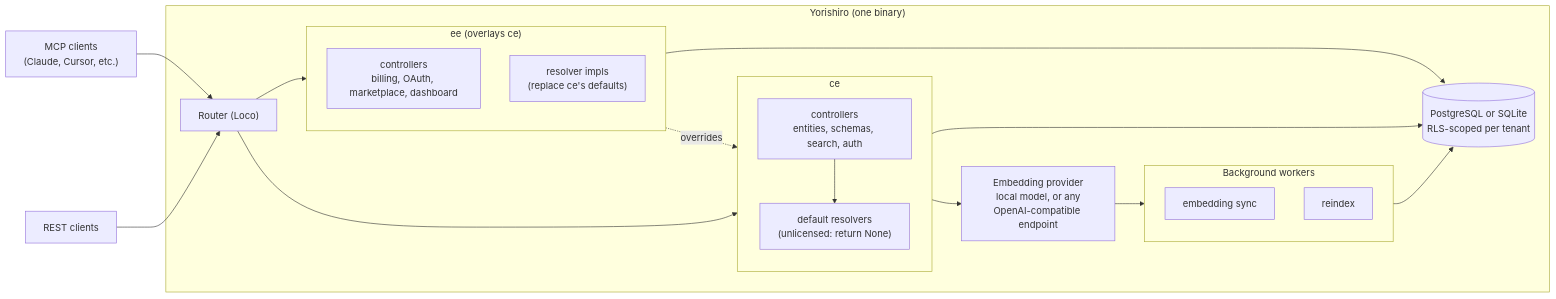
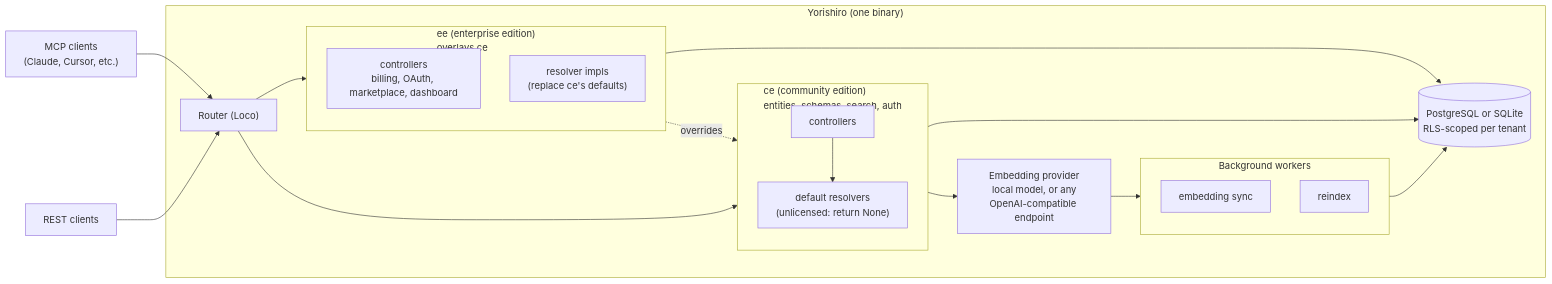
Before and after one commit to yorishiro-ai/yorishiro: the diagram in README.md, drawn with Mermaid. The commit also changed 1 other file, not shown here.

Commit message:
docs: clarify ce/ee in architecture diagram
ce and ee are not self-explanatory to all readers. Add full names:
ce (community edition), ee (enterprise edition) in subgraph titles.

````diff
--- a/README.md
+++ b/README.md
@@ -30,43 +30,43 @@
 ```mermaid
 flowchart LR
     MCP["MCP clients<br/>(Claude, Cursor, etc.)"]
     REST["REST clients"]
 
     subgraph Server["Yorishiro (one binary)"]
         Router["Router (Loco)"]
 
-        subgraph CE["ce"]
+        subgraph CE["ce (community edition)<br/>entities, schemas, search, auth"]
             direction TB
-            CEControllers["controllers<br/>entities, schemas, search, auth"]
+            CEControllers["controllers"]
             CEResolvers["default resolvers<br/>(unlicensed: return None)"]
         end
 
-        subgraph EE["ee (overlays ce)"]
+        subgraph EE["ee (enterprise edition)<br/>overlays ce"]
             direction TB
             EEControllers["controllers<br/>billing, OAuth, marketplace, dashboard"]
             EEResolvers["resolver impls<br/>(replace ce's defaults)"]
         end
 
         Embed["Embedding provider<br/>local model, or any<br/>OpenAI-compatible endpoint"]
 
         subgraph Workers["Background workers"]
             direction TB
             WEmbed["embedding sync"]
             WReindex["reindex"]
         end
 
         DB[("PostgreSQL or SQLite<br/>RLS-scoped per tenant")]
     end
 
     MCP --> Router
     REST --> Router
     Router --> CEControllers
     Router --> EEControllers
     EEResolvers -.overrides.-> CEResolvers
     CEControllers --> CEResolvers
     CEResolvers --> DB
     EEControllers --> DB
     CEControllers --> Embed
     Embed --> Workers
     Workers --> DB
 ```
````
